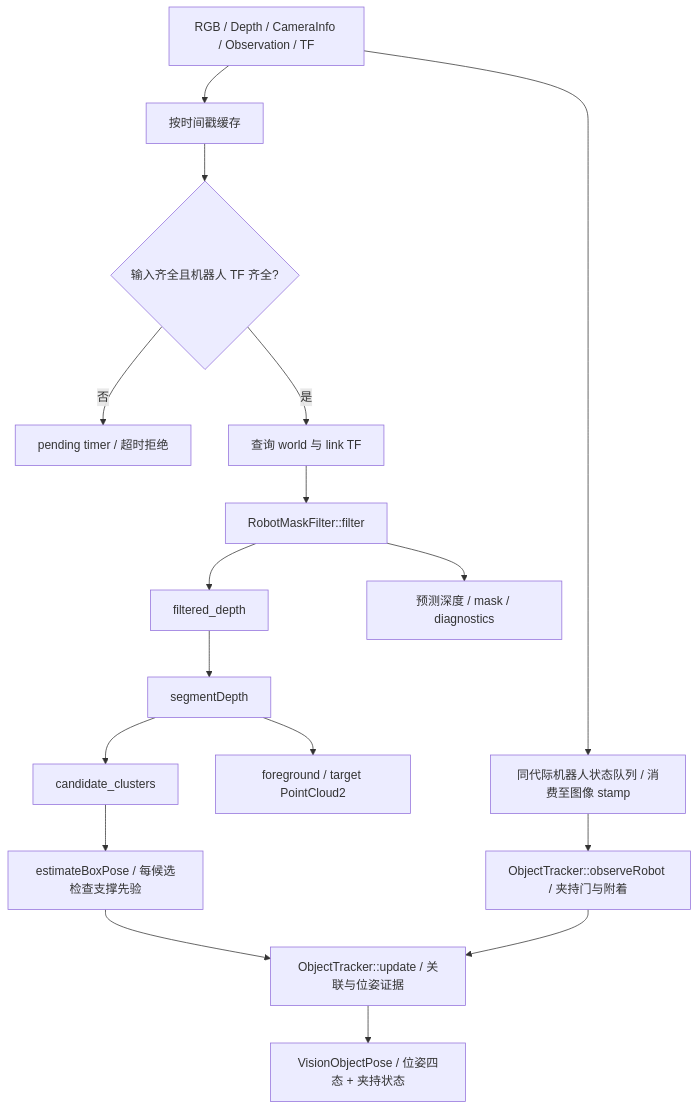
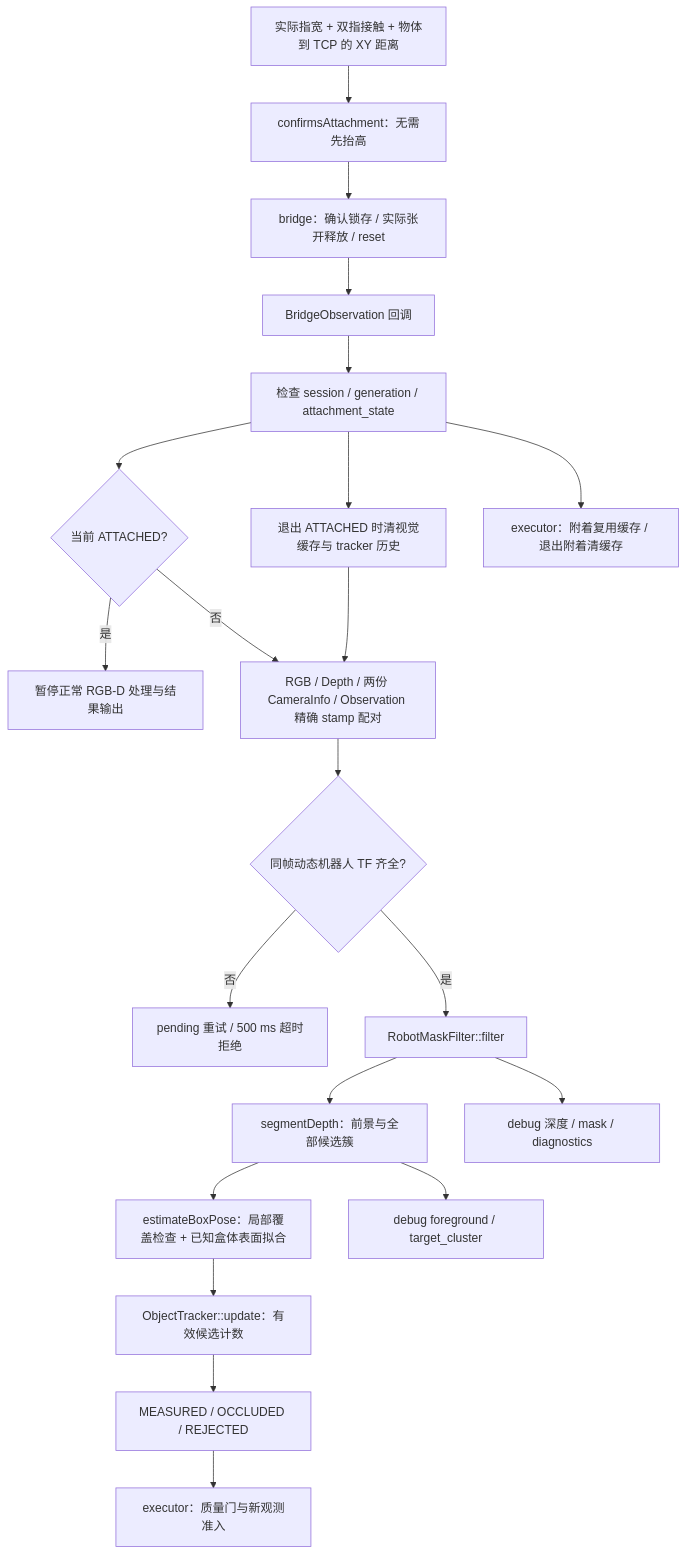
One commit to tsh00k/robotic_manipulation_practice changed the second of 3 diagrams in Job_guides/my_study/week4.md. Above: the diagram before and after it, drawn with Mermaid. The commit also changed other lines of this file and 27 other files, not shown here.

First line of the commit message:
feat(stage5): simplify vision contract and attachment lifecycle

````diff
--- a/Job_guides/my_study/week4.md
+++ b/Job_guides/my_study/week4.md
@@ -139,19 +158,23 @@
 ```mermaid
 flowchart TD
-  A[RGB / Depth / CameraInfo / Observation / TF] --> B[按时间戳缓存]
-  B --> C{输入齐全且机器人 TF 齐全?}
-  C -- 否 --> D[pending timer / 超时拒绝]
-  C -- 是 --> E[查询 world 与 link TF]
-  E --> F[RobotMaskFilter::filter]
-  F --> G[filtered_depth]
-  G --> H[segmentDepth]
-  H --> I[candidate_clusters]
-  I --> J[estimateBoxPose / 每候选检查支撑先验]
-  J --> O[ObjectTracker::update / 关联与位姿证据]
-  A --> R[同代际机器人状态队列 / 消费至图像 stamp]
-  R --> S[ObjectTracker::observeRobot / 夹持门与附着]
-  S --> O
-  O --> K[VisionObjectPose / 位姿四态 + 夹持状态]
-  F --> L[预测深度 / mask / diagnostics]
-  H --> M[foreground / target PointCloud2]
+  H[实际指宽 + 双指接触 + 物体到 TCP 的 XY 距离] --> F[confirmsAttachment：无需先抬高]
+  F --> K[bridge：确认锁存 / 实际张开释放 / reset]
+  K --> B[BridgeObservation 回调]
+  B --> L[检查 session / generation / attachment_state]
+  L --> A{当前 ATTACHED?}
+  A -- 是 --> P[暂停正常 RGB-D 处理与结果输出]
+  L --> R[退出 ATTACHED 时清视觉缓存与 tracker 历史]
+  A -- 否 --> C[RGB / Depth / 两份 CameraInfo / Observation 精确 stamp 配对]
+  R --> C
+  C --> D{同帧动态机器人 TF 齐全?}
+  D -- 否 --> W[pending 重试 / 500 ms 超时拒绝]
+  D -- 是 --> M[RobotMaskFilter::filter]
+  M --> S[segmentDepth：前景与全部候选簇]
+  S --> G[estimateBoxPose：局部覆盖检查 + 已知盒体表面拟合]
+  G --> U[ObjectTracker::update：有效候选计数]
+  U --> O[MEASURED / OCCLUDED / REJECTED]
+  M --> X[debug 深度 / mask / diagnostics]
+  S --> Y[debug foreground / target_cluster]
+  O --> T[executor：质量门与新观测准入]
+  L --> E[executor：附着复用缓存 / 退出附着清缓存]
 ```
````
